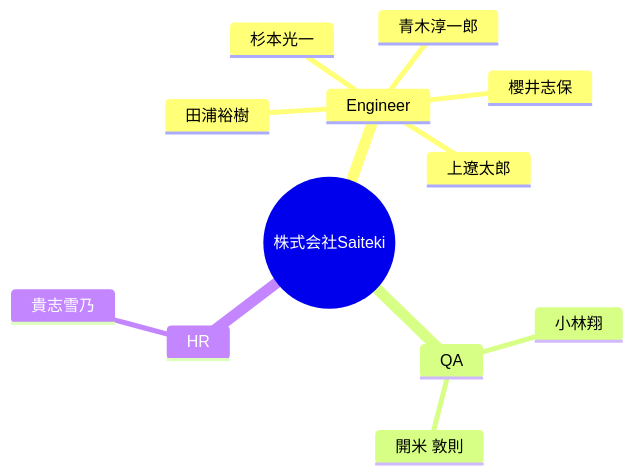
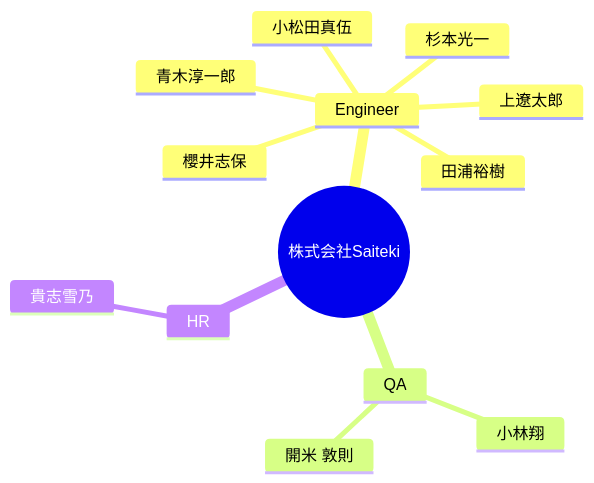
Before and after one commit to Saitekiinc-com/saiteki-employee-management: the diagram in docs/TEAM.md, drawn with Mermaid. The commit also changed other lines of this file and 2 other files, not shown here.

Commit message:
Update employee data from Issue #12

````diff
--- a/docs/TEAM.md
+++ b/docs/TEAM.md
@@ -5,15 +5,16 @@
 ```mermaid
 mindmap
   root((株式会社Saiteki))
     Engineer
       杉本光一
       青木淳一郎
       櫻井志保
       田浦裕樹
       上遼太郎
+      小松田真伍
     QA
       小林翔
       開米 敦則
     HR
       貴志雪乃
 ```
````
